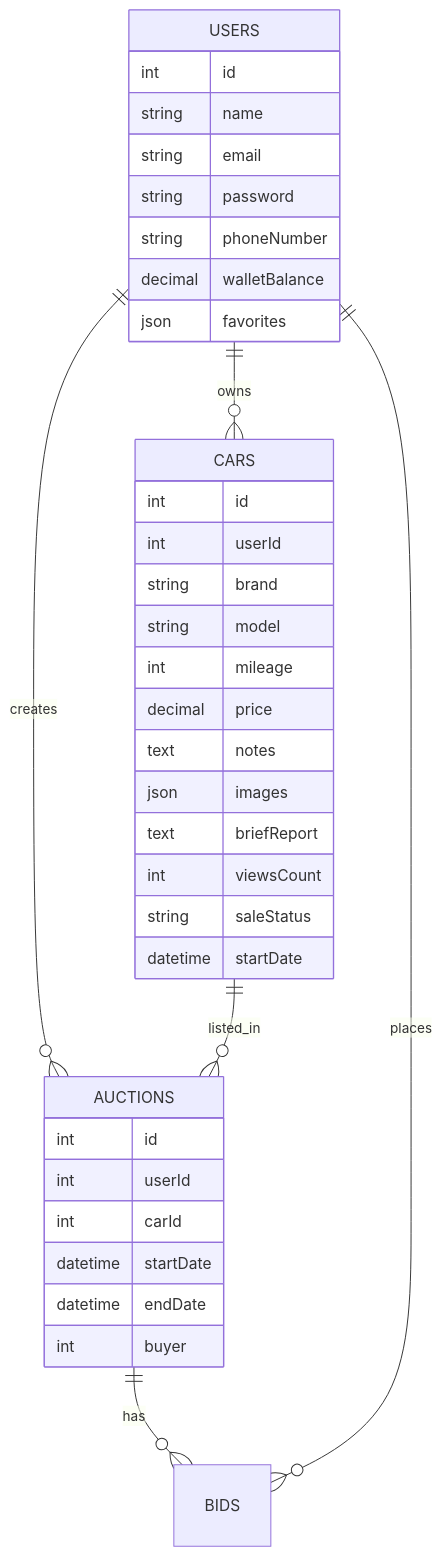
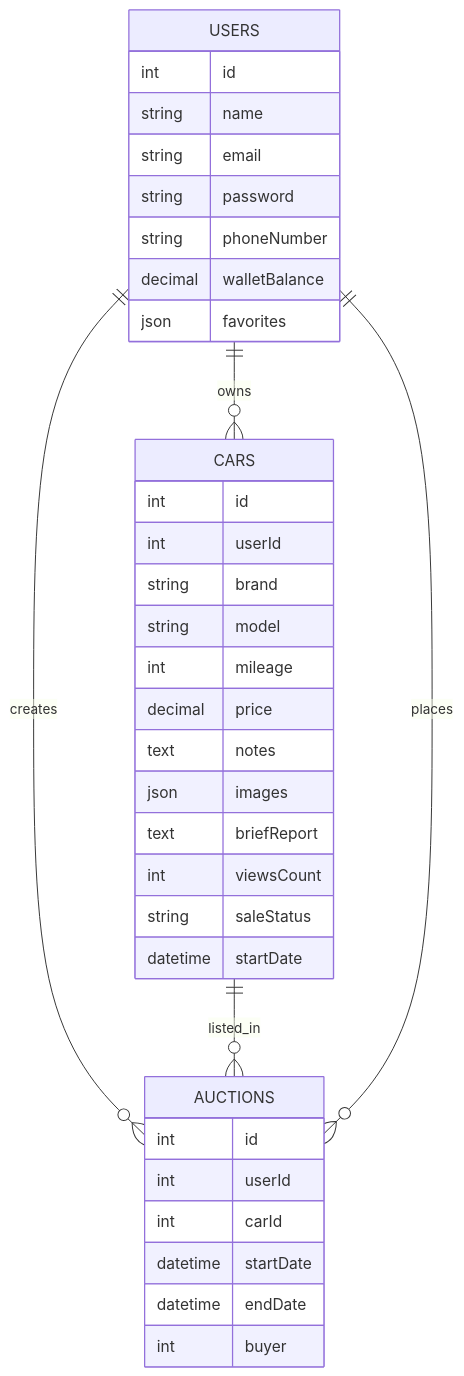
The diagram in StageThreeDocumentation.md (Raed-Alqabas/Portfolio_Project_Mazaady), drawn with Mermaid before and after one commit.

Commit message:
Update relationships in StageThreeDocumentation

````diff
--- a/StageThreeDocumentation.md
+++ b/StageThreeDocumentation.md
@@ -127,43 +127,42 @@
 ```mermaid
 erDiagram
 
     USERS ||--o{ CARS : owns
     USERS ||--o{ AUCTIONS : creates
     CARS ||--o{ AUCTIONS : listed_in
-    AUCTIONS ||--o{ BIDS : has
-    USERS ||--o{ BIDS : places
+    USERS ||--o{ AUCTIONS : places
 
     USERS {
         int id
         string name
         string email
         string password
         string phoneNumber
         decimal walletBalance
         json favorites
     }
 
     CARS {
         int id
         int userId
         string brand
         string model
         int mileage
         decimal price
         text notes
         json images
         text briefReport
         int viewsCount
         string saleStatus
         datetime startDate
     }
 
     AUCTIONS {
         int id
         int userId
         int carId
         datetime startDate
         datetime endDate
         int buyer
     }
 ```
````
